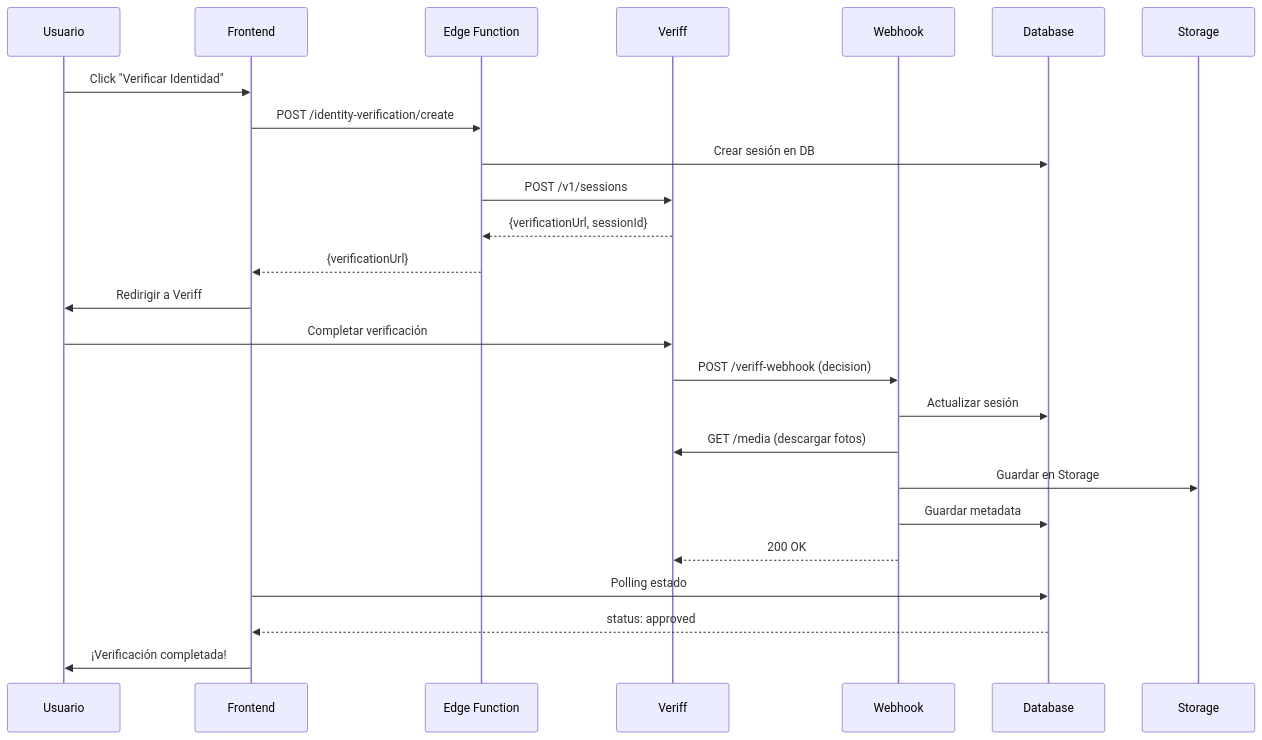
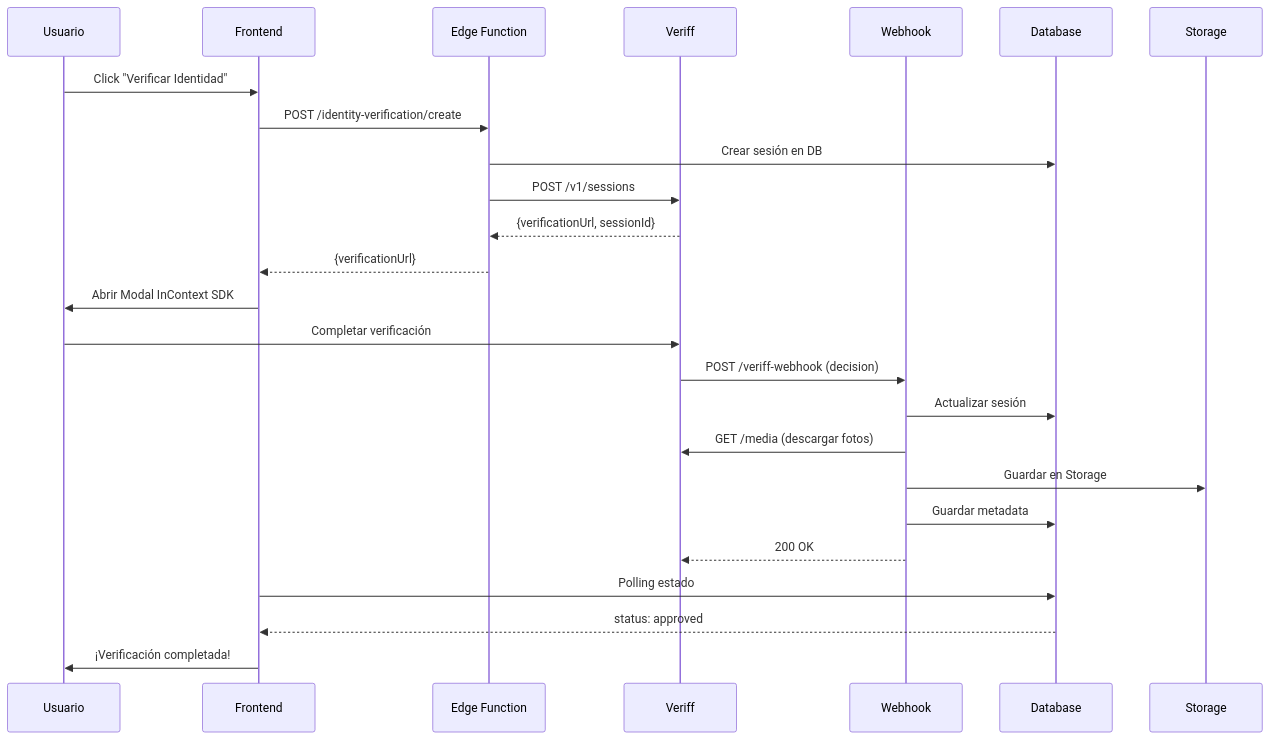
One commit to TUPATRIMONIO/core changed the diagram in docs/VERIFF-QUICKSTART.md. Above: the diagram before and after it, drawn with Mermaid. The commit also changed other lines of this file and 8 other files, not shown here.

Commit message:
mejora veriff en modal

````diff
--- a/docs/VERIFF-QUICKSTART.md
+++ b/docs/VERIFF-QUICKSTART.md
@@ -193,30 +194,30 @@
 ```mermaid
 sequenceDiagram
     participant U as Usuario
     participant F as Frontend
     participant E as Edge Function
     participant V as Veriff
     participant W as Webhook
     participant DB as Database
     participant S as Storage
 
     U->>F: Click "Verificar Identidad"
     F->>E: POST /identity-verification/create
     E->>DB: Crear sesión en DB
     E->>V: POST /v1/sessions
     V-->>E: {verificationUrl, sessionId}
     E-->>F: {verificationUrl}
-    F->>U: Redirigir a Veriff
+    F->>U: Abrir Modal InContext SDK
     
     U->>V: Completar verificación
     V->>W: POST /veriff-webhook (decision)
     W->>DB: Actualizar sesión
     W->>V: GET /media (descargar fotos)
     W->>S: Guardar en Storage
     W->>DB: Guardar metadata
     W-->>V: 200 OK
     
     F->>DB: Polling estado
     DB-->>F: status: approved
     F->>U: ¡Verificación completada!
 ```
````
